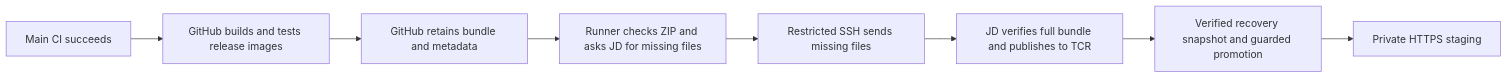
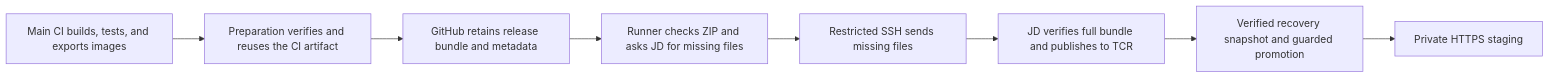
One commit to IiCEight/iSaber changed the diagram in docs/operations/automatic-staging.md. Above: the diagram before and after it, drawn with Mermaid. The commit also changed other lines of this file and 4 other files, not shown here.

````diff
--- a/docs/operations/automatic-staging.md
+++ b/docs/operations/automatic-staging.md
@@ -7,10 +7,10 @@
 ```mermaid
 flowchart LR
-  A[Main CI succeeds] --> B[GitHub builds and tests release images]
-  B --> C[GitHub retains bundle and metadata]
+  A[Main CI builds, tests, and exports images] --> B[Preparation verifies and reuses the CI artifact]
+  B --> C[GitHub retains release bundle and metadata]
   C --> D[Runner checks ZIP and asks JD for missing files]
   D --> E[Restricted SSH sends missing files]
   E --> F[JD verifies full bundle and publishes to TCR]
   F --> G[Verified recovery snapshot and guarded promotion]
   G --> H[Private HTTPS staging]
 ```
````
